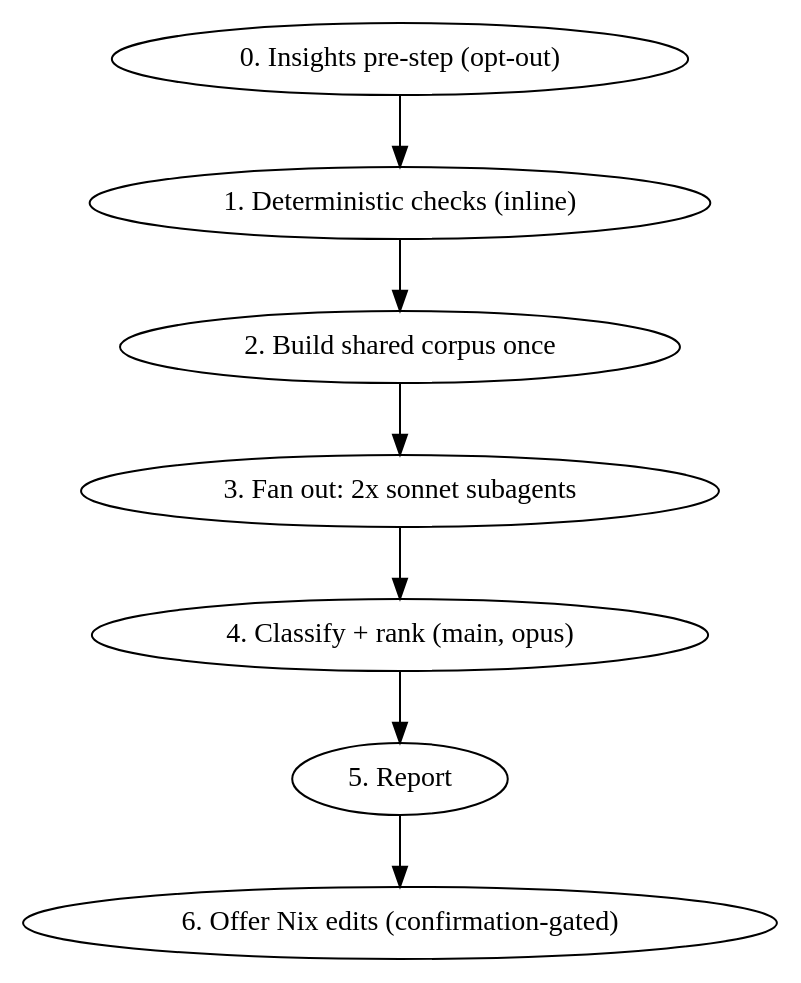
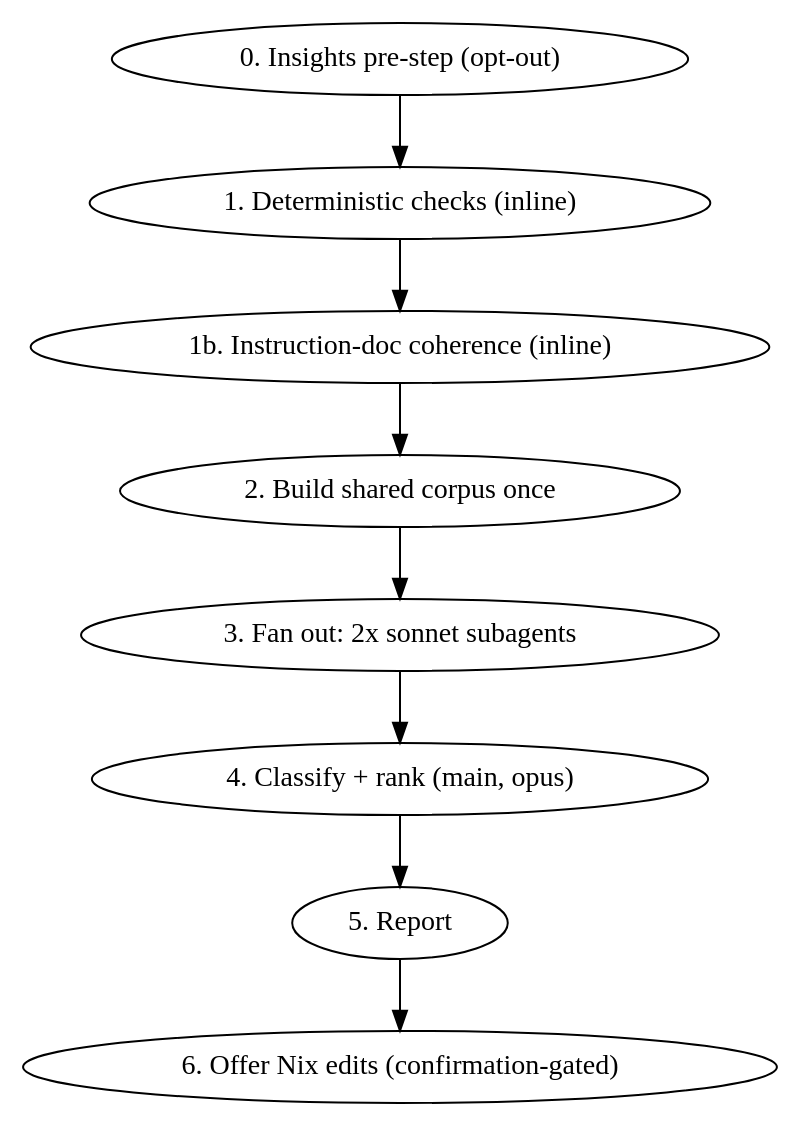
The diagram in modules/home/claude/config/skills/config-health/SKILL.md (entorenee/dotfiles), drawn with Graphviz before and after one commit. The commit also changed other lines of this file and 2 other files, not shown here.

Commit message:
feat(claude): add doc coherence taxonomization

````diff
--- a/modules/home/claude/config/skills/config-health/SKILL.md
+++ b/modules/home/claude/config/skills/config-health/SKILL.md
@@ -36,11 +40,12 @@
 ```dot
 digraph config_health {
   rankdir=TB;
   "0. Insights pre-step (opt-out)" -> "1. Deterministic checks (inline)";
-  "1. Deterministic checks (inline)" -> "2. Build shared corpus once";
+  "1. Deterministic checks (inline)" -> "1b. Instruction-doc coherence (inline)";
+  "1b. Instruction-doc coherence (inline)" -> "2. Build shared corpus once";
   "2. Build shared corpus once" -> "3. Fan out: 2x sonnet subagents";
   "3. Fan out: 2x sonnet subagents" -> "4. Classify + rank (main, opus)";
   "4. Classify + rank (main, opus)" -> "5. Report";
   "5. Report" -> "6. Offer Nix edits (confirmation-gated)";
 }
 ```
````
